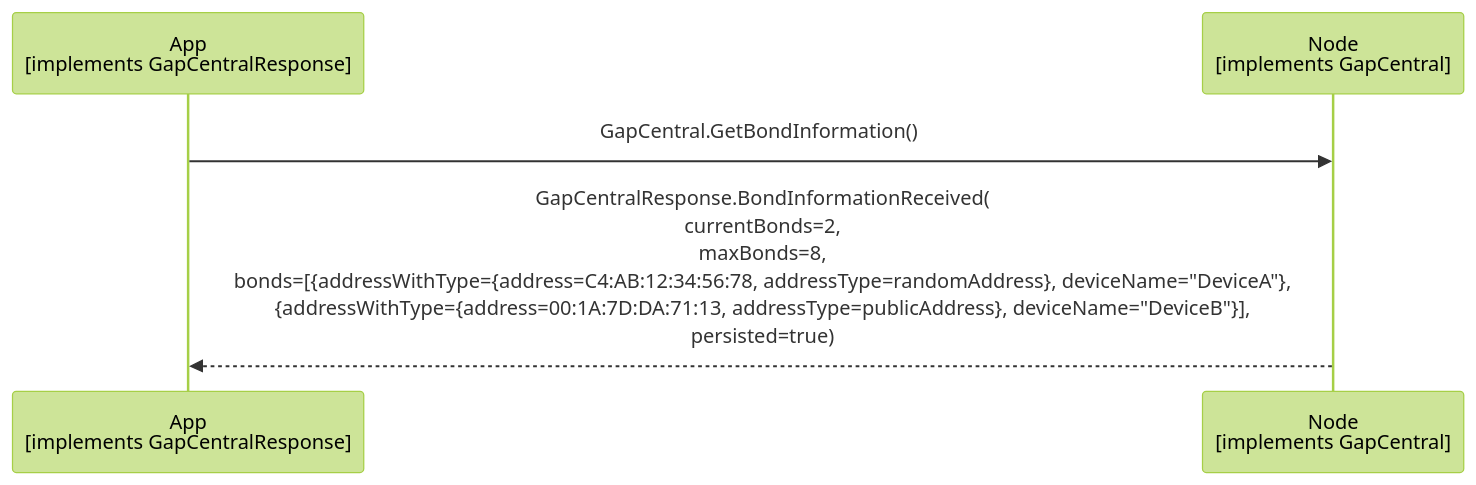
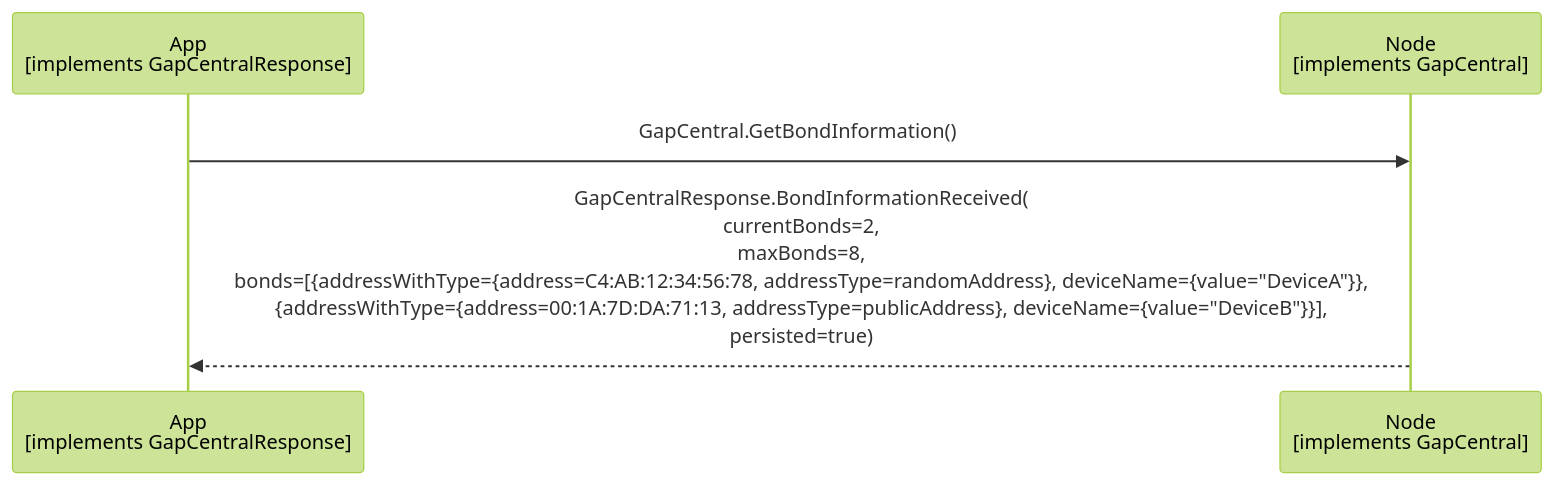
The diagram in documents/modules/ROOT/partials/echoservices/gap_central/GapCentral_GetBondInformation_sequence.mmd (philips-software/amp-embedded-infra-lib), drawn with Mermaid (forest theme) before and after one commit. The commit also changed 15 other files, not shown here.

First line of the commit message:
feat: add SetDeviceName to Gap (#1369)

```diff
--- a/documents/modules/ROOT/partials/echoservices/gap_central/GapCentral_GetBondInformation_sequence.mmd
+++ b/documents/modules/ROOT/partials/echoservices/gap_central/GapCentral_GetBondInformation_sequence.mmd
@@ -1,6 +1,6 @@
 sequenceDiagram
     participant App as App<br>[implements GapCentralResponse]
     participant Node as Node<br>[implements GapCentral]
 
     App->>Node: GapCentral.GetBondInformation()
-    Node-->>App: GapCentralResponse.BondInformationReceived(<br>currentBonds=2,<br>maxBonds=8,<br>bonds=[{addressWithType={address=C4:AB:12:34:56:78, addressType=randomAddress}, deviceName="DeviceA"},<br>{addressWithType={address=00:1A:7D:DA:71:13, addressType=publicAddress}, deviceName="DeviceB"}],<br>persisted=true)
+    Node-->>App: GapCentralResponse.BondInformationReceived(<br>currentBonds=2,<br>maxBonds=8,<br>bonds=[{addressWithType={address=C4:AB:12:34:56:78, addressType=randomAddress}, deviceName={value="DeviceA"}},<br>{addressWithType={address=00:1A:7D:DA:71:13, addressType=publicAddress}, deviceName={value="DeviceB"}}],<br>persisted=true)
```
